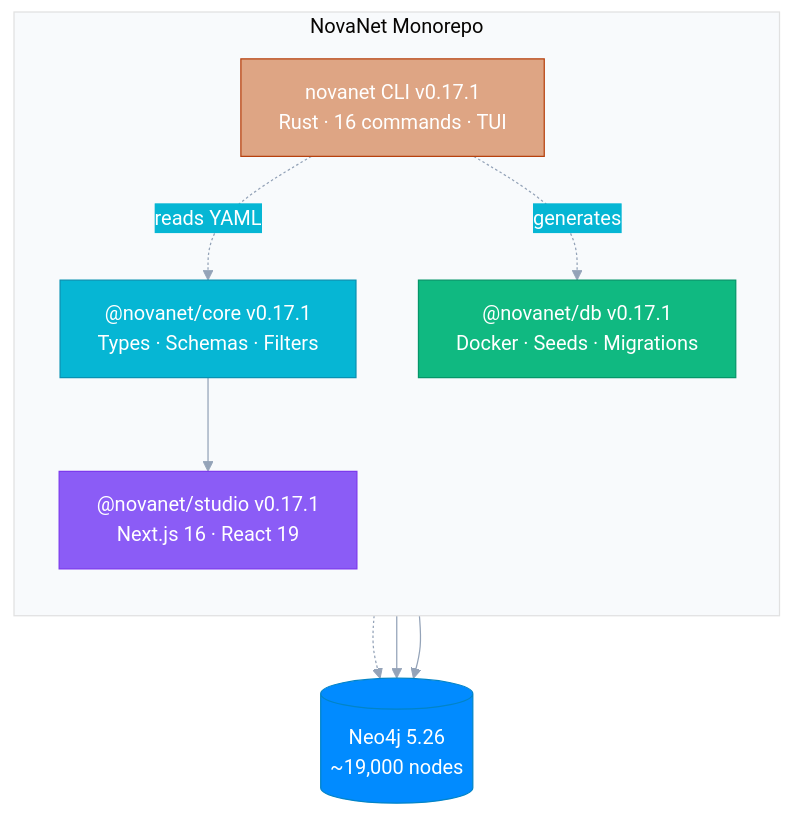
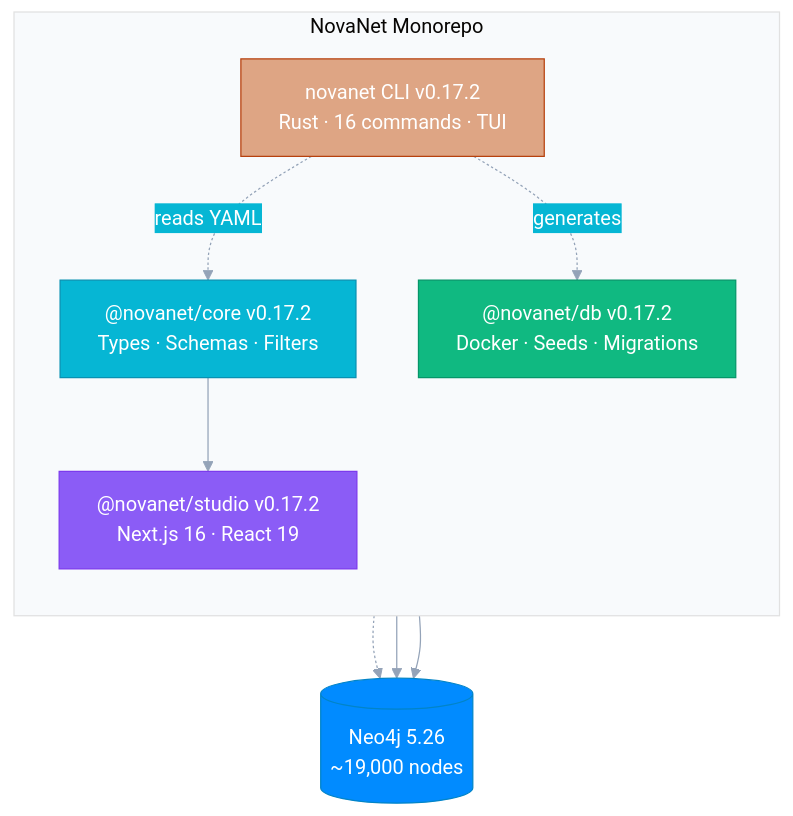
One commit to supernovae-st/novanet changed the diagram in README.md. Above: the diagram before and after it, drawn with Mermaid. The commit also changed other lines of this file and 3 other files, not shown here.

````diff
--- a/README.md
+++ b/README.md
@@ -46,33 +46,33 @@
 ```mermaid
 %%{init: {'theme': 'base', 'themeVariables': {
   'primaryColor': '#6366f1',
   'primaryTextColor': '#fff',
   'primaryBorderColor': '#4f46e5',
   'lineColor': '#94a3b8',
   'secondaryColor': '#06b6d4',
   'tertiaryColor': '#f8fafc'
 }}}%%
 flowchart TB
     subgraph MONO["NovaNet Monorepo"]
         direction TB
-        CORE["@novanet/core v0.17.1\nTypes · Schemas · Filters"]
-        DB["@novanet/db v0.17.1\nDocker · Seeds · Migrations"]
-        STUDIO["@novanet/studio v0.17.1\nNext.js 16 · React 19"]
-        RUST["novanet CLI v0.17.1\nRust · 16 commands · TUI"]
+        CORE["@novanet/core v0.17.2\nTypes · Schemas · Filters"]
+        DB["@novanet/db v0.17.2\nDocker · Seeds · Migrations"]
+        STUDIO["@novanet/studio v0.17.2\nNext.js 16 · React 19"]
+        RUST["novanet CLI v0.17.2\nRust · 16 commands · TUI"]
     end
 
     CORE --> STUDIO
     RUST -.->|reads YAML| CORE
     RUST -.->|generates| DB
 
     NEO4J[("Neo4j 5.26\n~19,000 nodes")]
     DB -.-> NEO4J
     STUDIO --> NEO4J
     RUST --> NEO4J
 
     style CORE fill:#06b6d4,stroke:#0891b2,color:#fff
     style DB fill:#10b981,stroke:#059669,color:#fff
     style STUDIO fill:#8b5cf6,stroke:#7c3aed,color:#fff
     style RUST fill:#DEA584,stroke:#B7410E,color:#fff
     style NEO4J fill:#018bff,stroke:#0284c7,color:#fff
 ```
````
